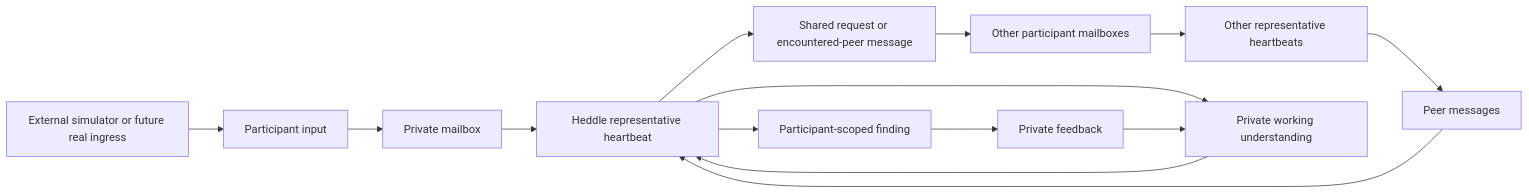
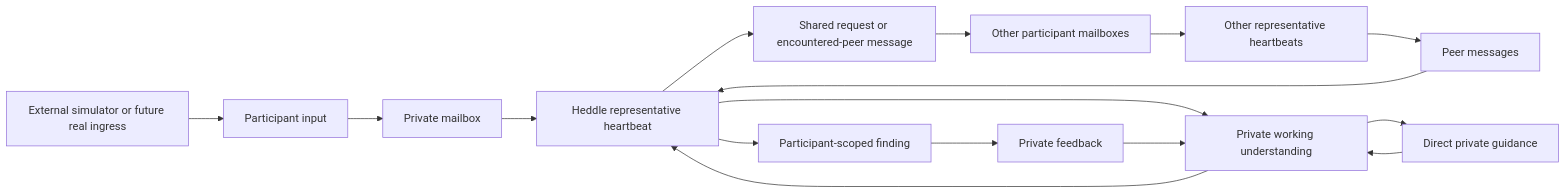
One commit to roackb2/lucid changed the diagram in README.md. Above: the diagram before and after it, drawn with Mermaid. The commit also changed other lines of this file and 21 other files, not shown here.

````diff
--- a/README.md
+++ b/README.md
@@ -37,17 +39,19 @@
 ```mermaid
 flowchart LR
   I["Participant input"] --> M["Private mailbox"]
   M --> H["Heddle representative heartbeat"]
   H --> S["Shared request or encountered-peer message"]
   S --> N["Other participant mailboxes"]
   N --> H2["Other representative heartbeats"]
   H2 --> R["Peer messages"]
   R --> H
   H --> W["Private working understanding"]
   W --> H
   H --> F["Participant-scoped finding"]
   F --> B["Private feedback"]
   B --> W
+  W --> G["Direct private guidance"]
+  G --> W
 
   X["External simulator or future real ingress"] --> I
 ```
````
